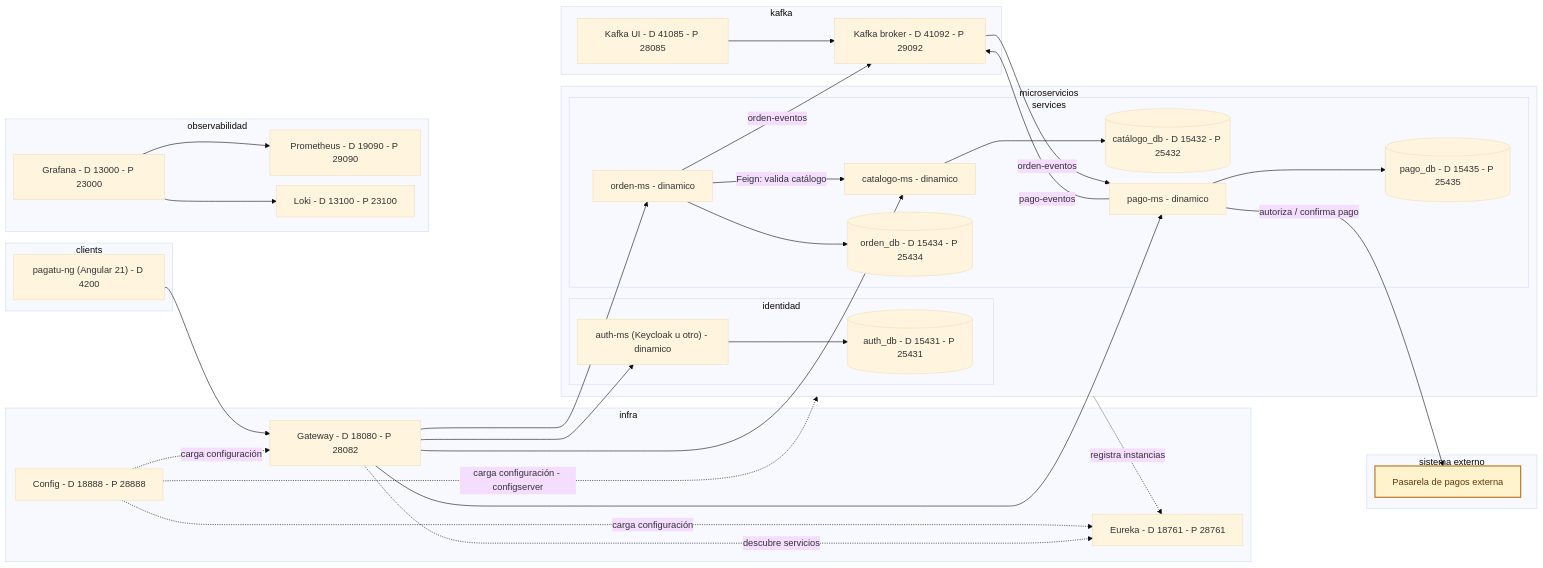
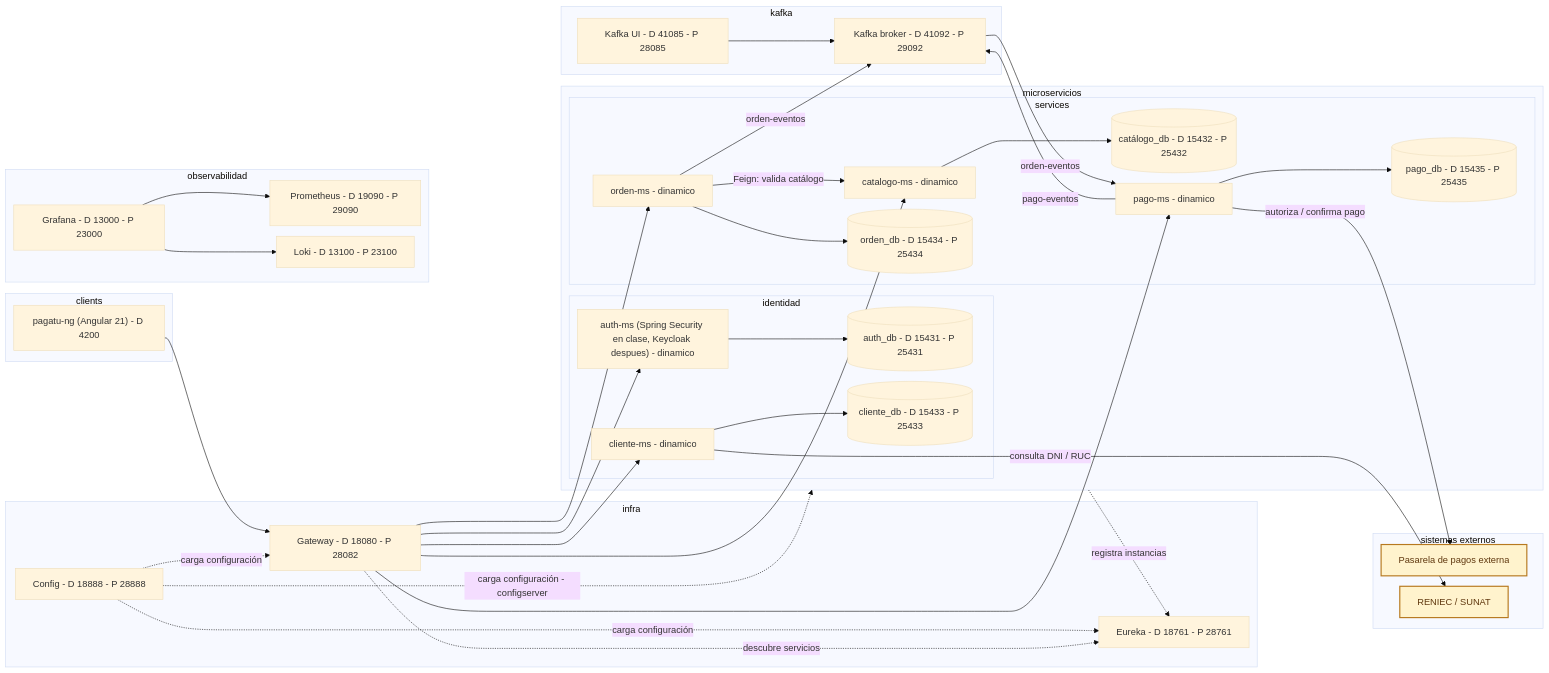
The second of 2 diagrams in docs/index.md (262dist/pagatu), drawn with Mermaid (base theme) before and after one commit. The commit also changed other lines of this file and 22 other files, not shown here.

````diff
--- a/docs/index.md
+++ b/docs/index.md
@@ -89,76 +89,82 @@
 ```mermaid
 %%{init: {"flowchart": {"nodeSpacing": 18, "rankSpacing": 28, "curve": "basis"}} }%%
 flowchart LR
     subgraph Infra["infra"]
         Config["Config - D 18888 - P 28888"]
         Eureka["Eureka - D 18761 - P 28761"]
         Gateway["Gateway - D 18080 - P 28082"]
     end
 
     subgraph Runtime["microservicios"]
         subgraph Identity["identidad"]
-            Auth["auth-ms (Keycloak u otro) - dinamico"]
+            Auth["auth-ms (Spring Security en clase, Keycloak despues) - dinamico"]
             AuthDB[("auth_db - D 15431 - P 25431")]
             Auth --> AuthDB
+            Cliente["cliente-ms - dinamico"]
+            ClienteDB[("cliente_db - D 15433 - P 25433")]
+            Cliente --> ClienteDB
         end
 
         subgraph Services["services"]
             Catalogo["catalogo-ms - dinamico"]
             CatalogoDB[("catálogo_db - D 15432 - P 25432")]
             Orden["orden-ms - dinamico"]
             OrdenDB[("orden_db - D 15434 - P 25434")]
             Pago["pago-ms - dinamico"]
             PagoDB[("pago_db - D 15435 - P 25435")]
 
             Catalogo --> CatalogoDB
             Orden --> OrdenDB
             Pago --> PagoDB
             Orden -->|"Feign: valida catálogo"| Catalogo
         end
     end
 
     subgraph Messaging["kafka"]
         Broker["Kafka broker - D 41092 - P 29092"]
         KafkaUI["Kafka UI - D 41085 - P 28085"]
         KafkaUI --> Broker
     end
 
-    subgraph External["sistema externo"]
+    subgraph External["sistemas externos"]
         PaymentGateway["Pasarela de pagos externa"]
+        ReniecSunat["RENIEC / SUNAT"]
     end
 
     Angular --> Gateway
     Gateway --> Auth
+    Gateway --> Cliente
     Gateway --> Catalogo
     Gateway --> Orden
     Gateway --> Pago
+    Cliente -->|"consulta DNI / RUC"| ReniecSunat
 
     Config -. "carga configuración" .-> Eureka
     Config -. "carga configuración" .-> Gateway
     Config -. "carga configuración - configserver" .-> Runtime
     Runtime -. "registra instancias" .-> Eureka
     Gateway -. "descubre servicios" .-> Eureka
 
     Orden -->|"orden-eventos"| Broker
     Broker -->|"orden-eventos"| Pago
     Pago -->|"pago-eventos"| Broker
     Pago -->|"autoriza / confirma pago"| PaymentGateway
 
     classDef external fill:#fff3cd,stroke:#b7791f,stroke-width:2px,color:#5f370e;
-    class PaymentGateway external;
+    class PaymentGateway,ReniecSunat external;
 
     subgraph Client["clients"]
         Angular["pagatu-ng (Angular 21) - D 4200"]
     end
 
     subgraph Obs["observabilidad"]
         Prometheus["Prometheus - D 19090 - P 29090"]
         Loki["Loki - D 13100 - P 23100"]
         Grafana["Grafana - D 13000 - P 23000"]
         Grafana --> Prometheus
         Grafana --> Loki
     end
 
     Angular ~~~ Prometheus
 
 ```
````
